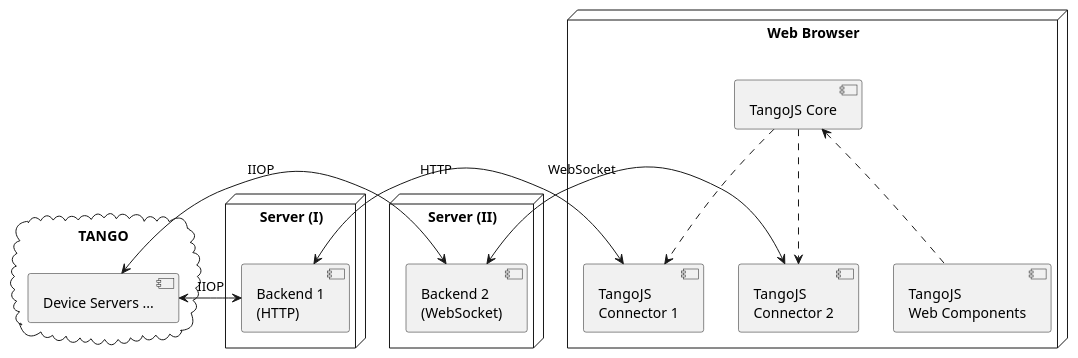
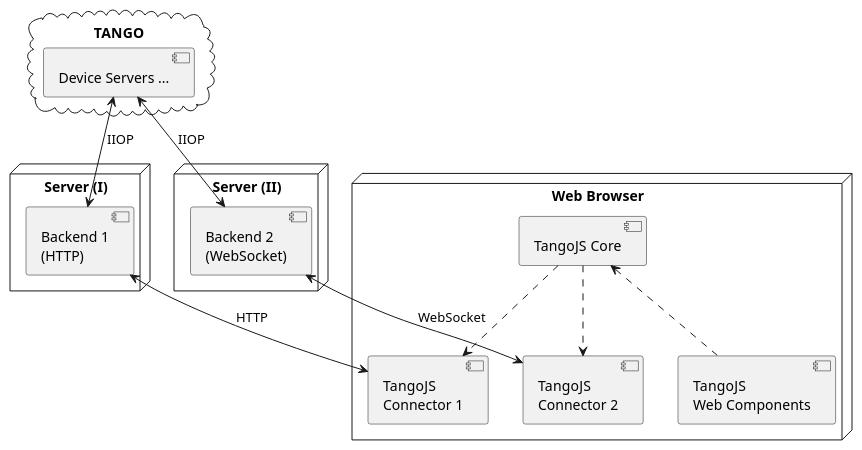
Before and after one commit to mliszcz/msc-thesis: the diagram in thesis/figures/uml-source/03-tangojs-architecture-simple.pu, drawn with PlantUML. The commit also changed 3 other files, not shown here.

Commit message:
[thesis] Chapter 3 Architecture updated

```diff
--- a/thesis/figures/uml-source/03-tangojs-architecture-simple.pu
+++ b/thesis/figures/uml-source/03-tangojs-architecture-simple.pu
@@ -1,31 +1,31 @@
 @startuml
 top to bottom direction
 
 cloud "TANGO" {
   [Device Servers ...] as DevSrv
 }
 
 node "Server (I)" {
   [Backend 1\n(HTTP)] as B1
 }
 
 node "Server (II)" {
   [Backend 2\n(WebSocket)] as B2
 }
 
 node "Web Browser" {
   [TangoJS\nWeb Components] as WC
   [TangoJS\nConnector 1] as C1
   [TangoJS\nConnector 2] as C2
   [TangoJS Core] as Core
 }
 
-[DevSrv] <-> B1 : IIOP
-[DevSrv] <-> B2 : IIOP
-B1 <-> C1 : HTTP
-B2 <-> C2 : WebSocket
+[DevSrv] <--> B1 : IIOP
+[DevSrv] <--> B2 : IIOP
+B1 <--> C1 : HTTP
+B2 <--> C2 : WebSocket
 Core ..> C1
 Core ..> C2
 Core <.. WC
 
 @enduml
```
